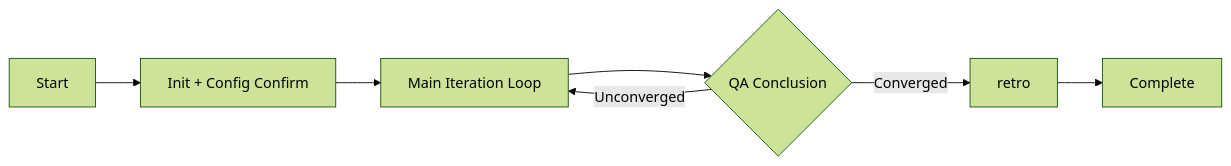
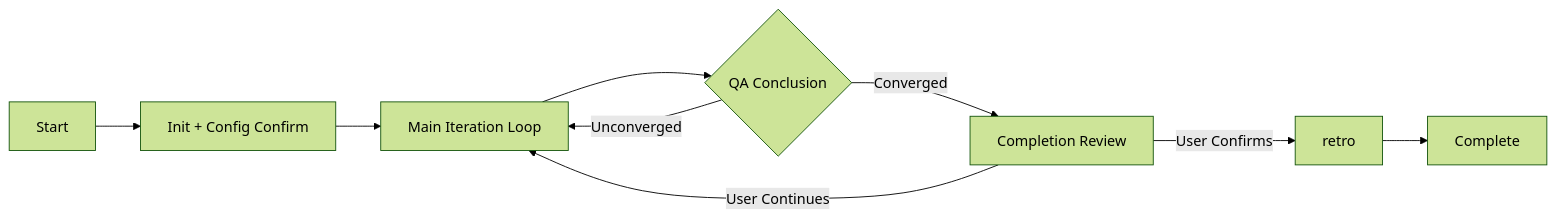
The diagram in skills/surge/SKILL.md (carbonshow/intent-fluid), drawn with Mermaid (forest theme) before and after one commit. The commit also changed other lines of this file and 3 other files, not shown here.

First line of the commit message:
feat(surge): add Completion Review Checkpoint and Evaluator Calibration

````diff
--- a/skills/surge/SKILL.md
+++ b/skills/surge/SKILL.md
@@ -59,9 +59,11 @@
 ```mermaid
 flowchart LR
   A[Start] --> B[Init + Config Confirm]
   B --> C[Main Iteration Loop]
   C --> D{QA Conclusion}
-  D -->|Converged| E[retro]
+  D -->|Converged| E[Completion Review]
   D -->|Unconverged| C
-  E --> F[Complete]
+  E -->|User Confirms| F[retro]
+  E -->|User Continues| C
+  F --> G[Complete]
 ```
````
